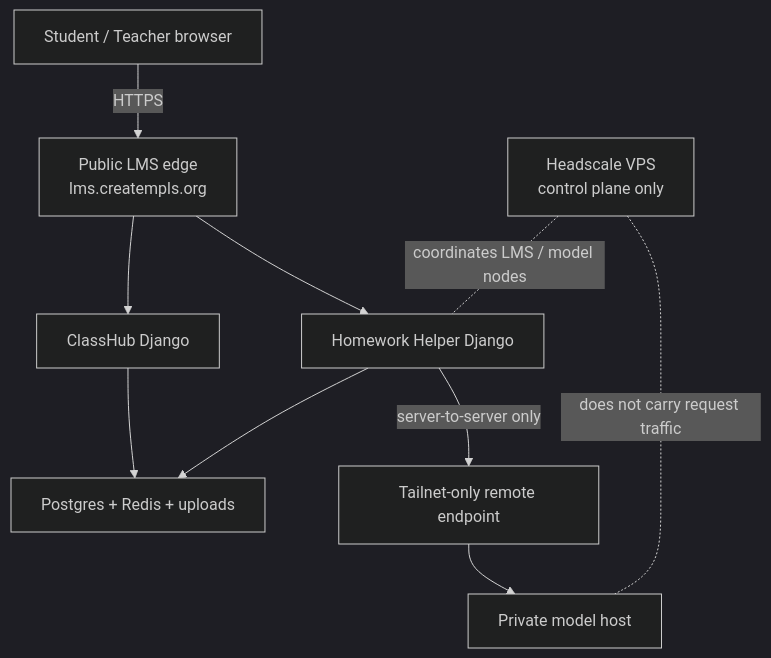
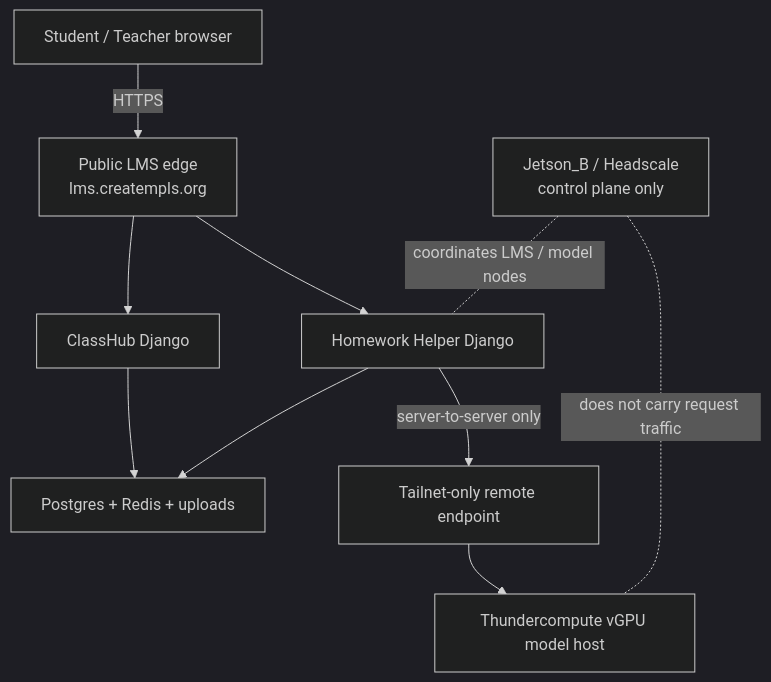
One commit to bseverns/classhub changed the diagram in press/diagrams/classhub_boundary_architecture.mmd. Above: the diagram before and after it, drawn with Mermaid (dark theme). The commit also changed 32 other files, not shown here.

Commit message:
Jetson-B headscale role

```diff
--- a/press/diagrams/classhub_boundary_architecture.mmd
+++ b/press/diagrams/classhub_boundary_architecture.mmd
@@ -1,19 +1,19 @@
 flowchart TB
   Browser["Student / Teacher browser"]
   Edge["Public LMS edge<br/>lms.creatempls.org"]
   Hub["ClassHub Django"]
   Helper["Homework Helper Django"]
   Data["Postgres + Redis + uploads"]
   Tail["Tailnet-only remote endpoint"]
-  Model["Private model host"]
-  Headscale["Headscale VPS<br/>control plane only"]
+  Model["Thundercompute vGPU model host"]
+  Headscale["Jetson_B / Headscale<br/>control plane only"]
 
   Browser -->|HTTPS| Edge
   Edge --> Hub
   Edge --> Helper
   Hub --> Data
   Helper --> Data
   Helper -->|server-to-server only| Tail
   Tail --> Model
   Headscale -. coordinates LMS / model nodes .- Helper
   Headscale -. does not carry request traffic .- Model
```
